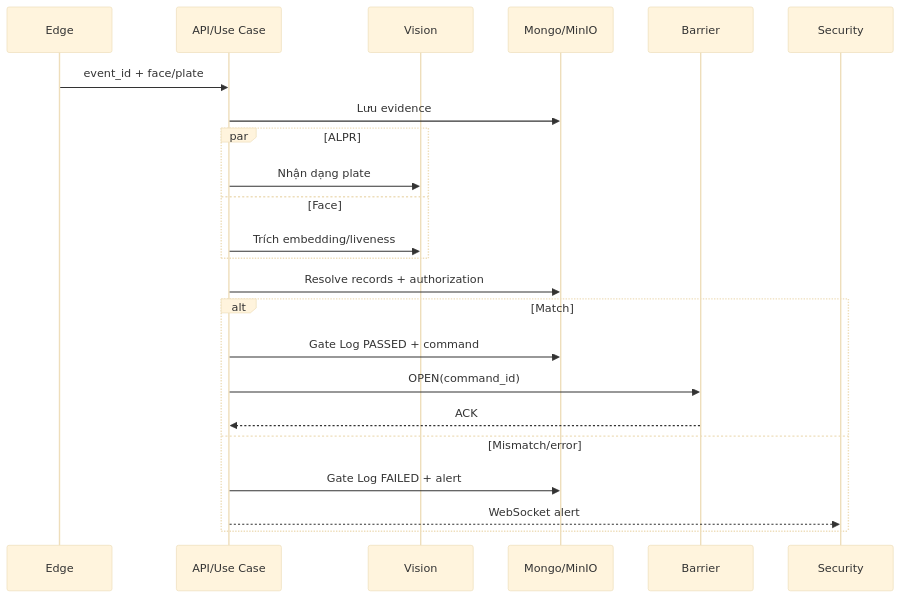
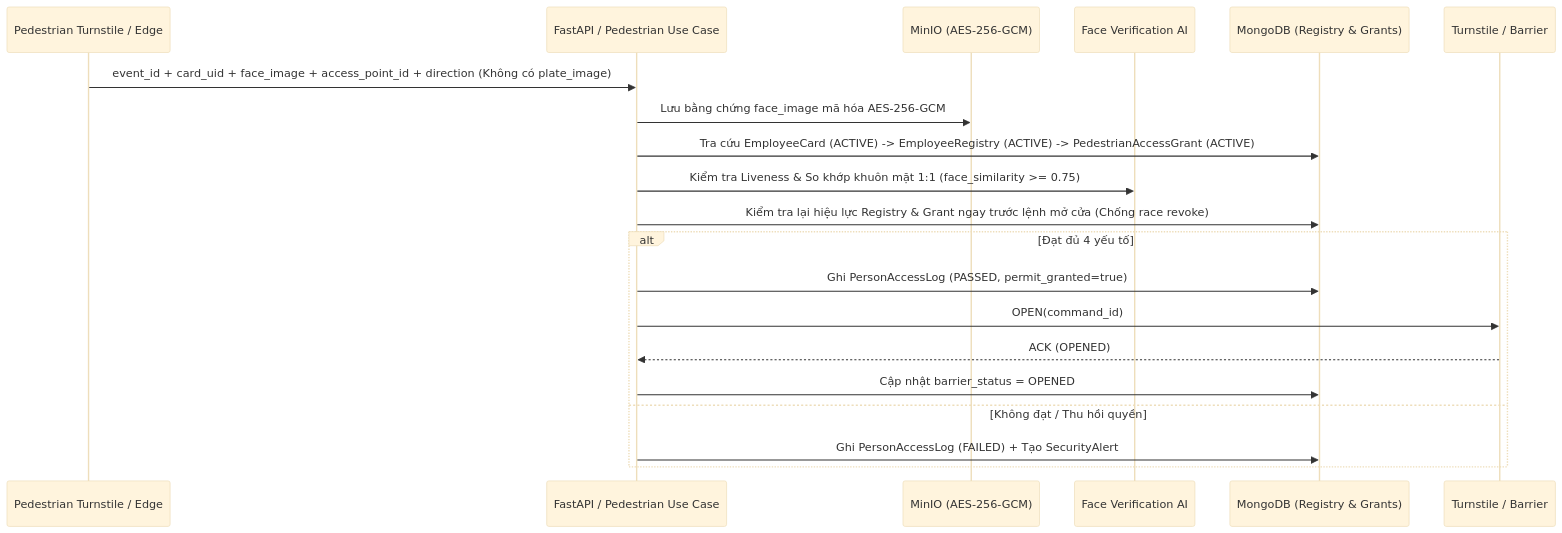
The second of 4 diagrams in docs/diagrams.md (vHozang/ev-smart-gate), drawn with Mermaid (base theme) before and after one commit. The commit also changed other lines of this file and 264 other files, not shown here.

Commit message:
feat: initialize full-stack application with react frontend and fastapi backend architecture

````diff
--- a/docs/diagrams.md
+++ b/docs/diagrams.md
@@ -13,25 +54,23 @@
 ```mermaid
 sequenceDiagram
-    participant E as Edge
-    participant A as API/Use Case
-    participant V as Vision
-    participant M as Mongo/MinIO
-    participant B as Barrier
-    participant S as Security
-    E->>A: event_id + face/plate
-    A->>M: Lưu evidence
-    par ALPR
-        A->>V: Nhận dạng plate
-    and Face
-        A->>V: Trích embedding/liveness
-    end
-    A->>M: Resolve records + authorization
-    alt Match
-        A->>M: Gate Log PASSED + command
-        A->>B: OPEN(command_id)
-        B-->>A: ACK
-    else Mismatch/error
-        A->>M: Gate Log FAILED + alert
-        A-->>S: WebSocket alert
+    participant P as Pedestrian Turnstile / Edge
+    participant A as FastAPI / Pedestrian Use Case
+    participant S as MinIO (AES-256-GCM)
+    participant F as Face Verification AI
+    participant D as MongoDB (Registry & Grants)
+    participant T as Turnstile / Barrier
+
+    P->>A: event_id + card_uid + face_image + access_point_id + direction (Không có plate_image)
+    A->>S: Lưu bằng chứng face_image mã hóa AES-256-GCM
+    A->>D: Tra cứu EmployeeCard (ACTIVE) -> EmployeeRegistry (ACTIVE) -> PedestrianAccessGrant (ACTIVE)
+    A->>F: Kiểm tra Liveness & So khớp khuôn mặt 1:1 (face_similarity >= 0.75)
+    A->>D: Kiểm tra lại hiệu lực Registry & Grant ngay trước lệnh mở cửa (Chống race revoke)
+    alt Đạt đủ 4 yếu tố
+        A->>D: Ghi PersonAccessLog (PASSED, permit_granted=true)
+        A->>T: OPEN(command_id)
+        T-->>A: ACK (OPENED)
+        A->>D: Cập nhật barrier_status = OPENED
+    else Không đạt / Thu hồi quyền
+        A->>D: Ghi PersonAccessLog (FAILED) + Tạo SecurityAlert
     end
 ```
````
